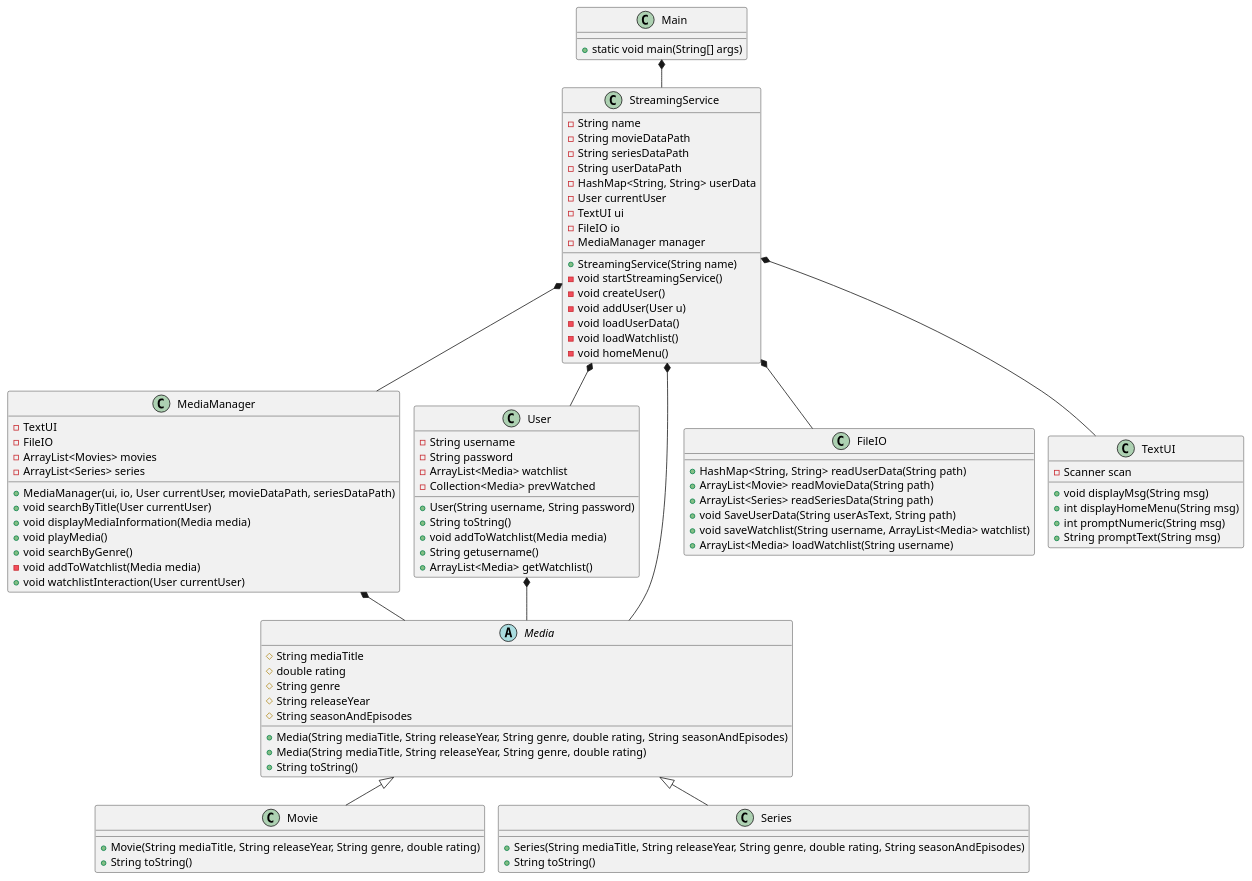
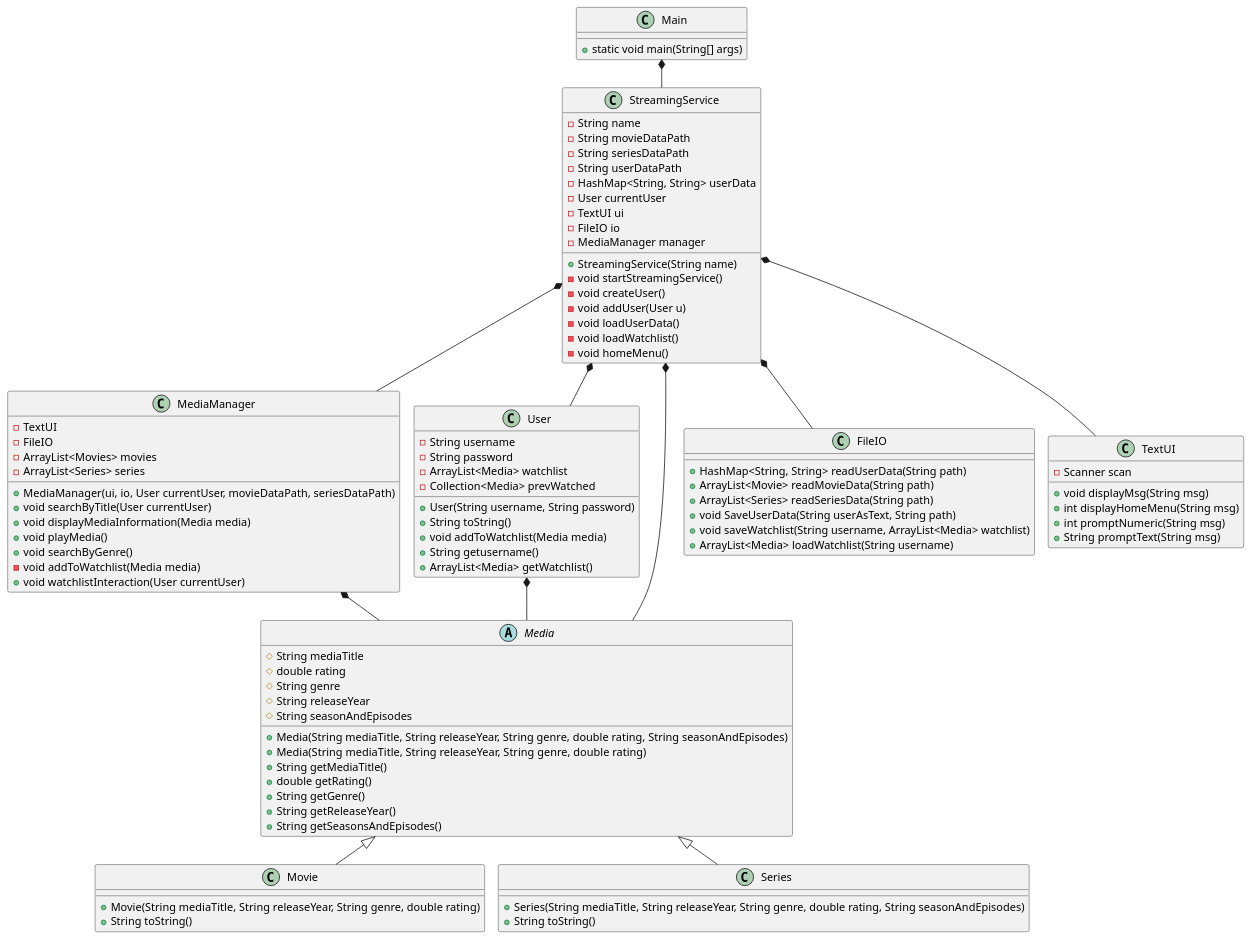
One commit to EmilDagsberg/SP3 changed the diagram in doc/classdiagram/classdiagram_v1.puml. Above: the diagram before and after it, drawn with PlantUML.

Commit message:
toString deleted from class diagram in media and add getter methods to the diagram

```diff
--- a/doc/classdiagram/classdiagram_v1.puml
+++ b/doc/classdiagram/classdiagram_v1.puml
@@ -1,107 +1,111 @@
 @startuml
 !pragma layout smetana
 
 class Main {
 + static void main(String[] args)
 }
 
 class StreamingService{
 - String name
 - String movieDataPath
 - String seriesDataPath
 - String userDataPath
 - HashMap<String, String> userData
 - User currentUser
 - TextUI ui
 - FileIO io
 - MediaManager manager
 + StreamingService(String name)
 - void startStreamingService()
 - void createUser()
 - void addUser(User u)
 - void loadUserData()
 - void loadWatchlist()
 - void homeMenu()
 
 
 }
 
 class MediaManager {
 - TextUI
 - FileIO
 - ArrayList<Movies> movies
 - ArrayList<Series> series
 + MediaManager(ui, io, User currentUser, movieDataPath, seriesDataPath)
 + void searchByTitle(User currentUser)
 + void displayMediaInformation(Media media)
 + void playMedia()
 + void searchByGenre()
 - void addToWatchlist(Media media)
 + void watchlistInteraction(User currentUser)
 }
 
 class User {
 - String username
 - String password
 - ArrayList<Media> watchlist
 - Collection<Media> prevWatched
 + User(String username, String password)
 + String toString()
 + void addToWatchlist(Media media)
 + String getusername()
 + ArrayList<Media> getWatchlist()
 }
 
 
 abstract class Media{
 # String mediaTitle
 # double rating
 # String genre
 # String releaseYear
 # String seasonAndEpisodes
 +Media(String mediaTitle, String releaseYear, String genre, double rating, String seasonAndEpisodes)
 +Media(String mediaTitle, String releaseYear, String genre, double rating)
-+String toString()
++String getMediaTitle()
++double getRating()
++String getGenre()
++String getReleaseYear()
++String getSeasonsAndEpisodes()
 }
 
 class Movie{
 + Movie(String mediaTitle, String releaseYear, String genre, double rating)
 +String toString()
 'metode der loader liste over film?
 
 }
 
 class Series{
 +Series(String mediaTitle, String releaseYear, String genre, double rating, String seasonAndEpisodes)
 +String toString()
 'metode der loader liste over serier?
 }
 
 class FileIO {
 + HashMap<String, String> readUserData(String path)
 + ArrayList<Movie> readMovieData(String path)
 + ArrayList<Series> readSeriesData(String path)
 + void SaveUserData(String userAsText, String path)
 + void saveWatchlist(String username, ArrayList<Media> watchlist)
 + ArrayList<Media> loadWatchlist(String username)
 }
 
 class TextUI {
 - Scanner scan
 + void displayMsg(String msg)
 + int displayHomeMenu(String msg)
 + int promptNumeric(String msg)
 + String promptText(String msg)
 }
 
 Main *-- StreamingService
 StreamingService *-- MediaManager
 MediaManager *-- Media
 StreamingService *-- User
 StreamingService *-- FileIO
 StreamingService *-- TextUI
 Media <|-- Movie
 Media <|-- Series
 StreamingService *-- Media
 User *-- Media
 @enduml
```
